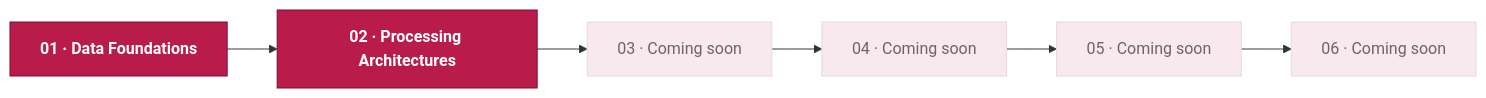
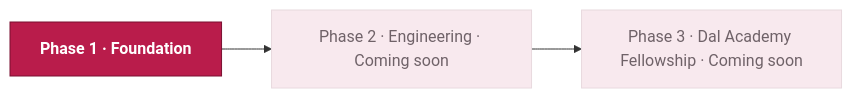
The diagram in README.md (daldata-ai/Dal-Academy-Content), drawn with Mermaid before and after one commit. The commit also changed other lines of this file and 14 other files, not shown here.

````diff
--- a/README.md
+++ b/README.md
@@ -39,8 +21,11 @@
 ```mermaid
 flowchart LR
-    M1["01 · Data Foundations"] --> M2["02 · Processing Architectures"] --> M3["03 · Coming soon"] --> M4["04 · Coming soon"] --> M5["05 · Coming soon"] --> M6["06 · Coming soon"]
+    P1["Phase 1 · Foundation"]
+    P2["Phase 2 · Engineering · Coming soon"]
+    P3["Phase 3 · Dal Academy Fellowship · Coming soon"]
+    P1 --> P2 --> P3
     classDef live fill:#B91C4B,stroke:#7A0F31,color:#FFFFFF,font-weight:bold
     classDef soon fill:#F8E9EE,stroke:#E8D9DE,color:#6F6268
-    class M1,M2 live
-    class M3,M4,M5,M6 soon
+    class P1 live
+    class P2,P3 soon
 ```
````
